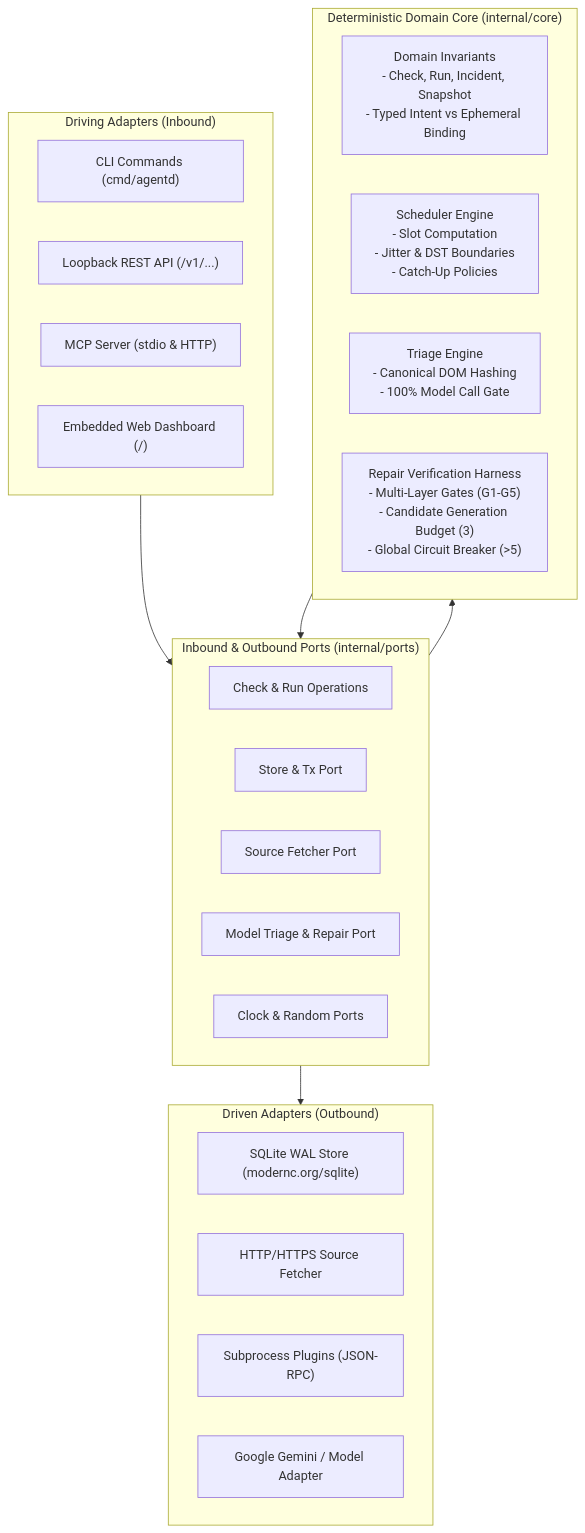
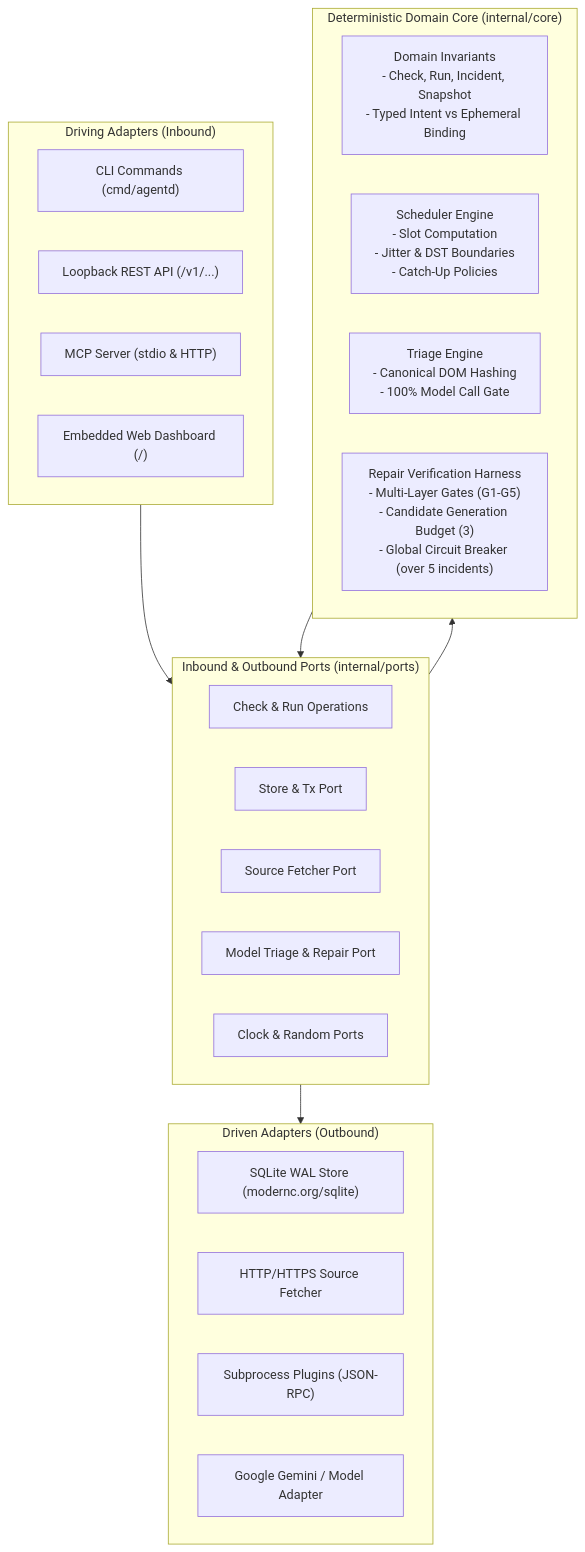
The first of 2 diagrams in README.md (champion19007/agentd), drawn with Mermaid before and after one commit. The commit also changed other lines of this file, not shown here.

Commit message:
Fix Mermaid flowchart syntax in README

````diff
--- a/README.md
+++ b/README.md
@@ -44,36 +44,36 @@
 ```mermaid
 graph TD
     subgraph DrivingAdapters ["Driving Adapters (Inbound)"]
         CLI["CLI Commands (cmd/agentd)"]
         HTTP["Loopback REST API (/v1/...)"]
         MCP["MCP Server (stdio & HTTP)"]
         UI["Embedded Web Dashboard (/)"]
     end
 
     subgraph Ports ["Inbound & Outbound Ports (internal/ports)"]
         CheckOps["Check & Run Operations"]
         StorePort["Store & Tx Port"]
         SourcePort["Source Fetcher Port"]
         ModelPort["Model Triage & Repair Port"]
         ClockPort["Clock & Random Ports"]
     end
 
     subgraph Core ["Deterministic Domain Core (internal/core)"]
         Domain["Domain Invariants<br/>- Check, Run, Incident, Snapshot<br/>- Typed Intent vs Ephemeral Binding"]
         Scheduler["Scheduler Engine<br/>- Slot Computation<br/>- Jitter & DST Boundaries<br/>- Catch-Up Policies"]
         Triage["Triage Engine<br/>- Canonical DOM Hashing<br/>- 100% Model Call Gate"]
-        Harness["Repair Verification Harness<br/>- Multi-Layer Gates (G1-G5)<br/>- Candidate Generation Budget (3)<br/>- Global Circuit Breaker (>5)"]
+        Harness["Repair Verification Harness<br/>- Multi-Layer Gates (G1-G5)<br/>- Candidate Generation Budget (3)<br/>- Global Circuit Breaker (over 5 incidents)"]
     end
 
     subgraph DrivenAdapters ["Driven Adapters (Outbound)"]
         SQLite["SQLite WAL Store (modernc.org/sqlite)"]
         HTTPFetch["HTTP/HTTPS Source Fetcher"]
         PluginExec["Subprocess Plugins (JSON-RPC)"]
         LLM["Google Gemini / Model Adapter"]
     end
 
     DrivingAdapters --> Ports
     Ports --> Core
     Core --> Ports
     Ports --> DrivenAdapters
 ```
````
